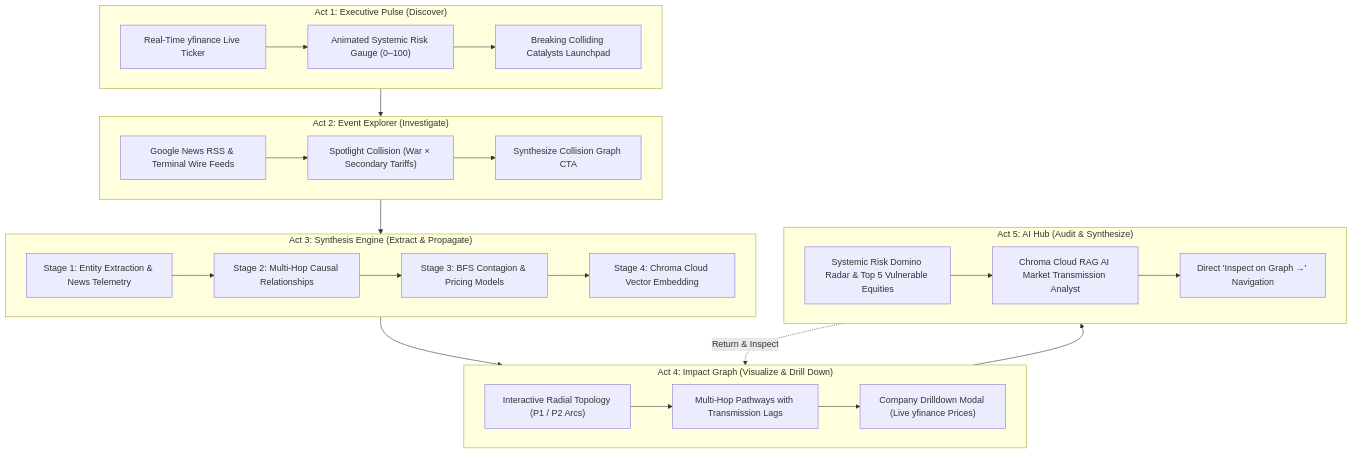
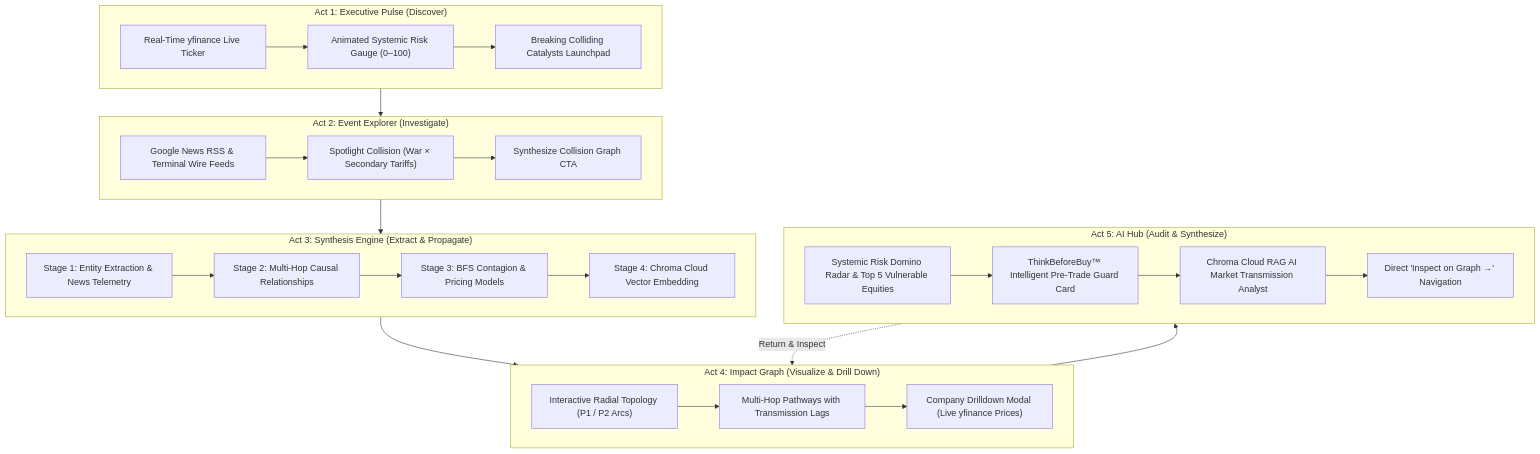
Before and after one commit to nishchaydev/codenovicesHack: the first of 4 diagrams in README.md, drawn with Mermaid. The commit also changed other lines of this file, not shown here.

Commit message:
docs: add ThinkBeforeBuy pre-trade causal risk feature to AI Hub in README

````diff
--- a/README.md
+++ b/README.md
@@ -45,41 +45,42 @@
 ```mermaid
 flowchart TD
     subgraph Act1["Act 1: Executive Pulse (Discover)"]
         A1["Real-Time yfinance Live Ticker"]
         A2["Animated Systemic Risk Gauge (0–100)"]
         A3["Breaking Colliding Catalysts Launchpad"]
         A1 --> A2 --> A3
     end
 
     subgraph Act2["Act 2: Event Explorer (Investigate)"]
         B1["Google News RSS & Terminal Wire Feeds"]
         B2["Spotlight Collision (War × Secondary Tariffs)"]
         B3["Synthesize Collision Graph CTA"]
         B1 --> B2 --> B3
     end
 
     subgraph Act3["Act 3: Synthesis Engine (Extract & Propagate)"]
         C1["Stage 1: Entity Extraction & News Telemetry"]
         C2["Stage 2: Multi-Hop Causal Relationships"]
         C3["Stage 3: BFS Contagion & Pricing Models"]
         C4["Stage 4: Chroma Cloud Vector Embedding"]
         C1 --> C2 --> C3 --> C4
     end
 
     subgraph Act4["Act 4: Impact Graph (Visualize & Drill Down)"]
         D1["Interactive Radial Topology (P1 / P2 Arcs)"]
         D2["Multi-Hop Pathways with Transmission Lags"]
         D3["Company Drilldown Modal (Live yfinance Prices)"]
         D1 --> D2 --> D3
     end
 
     subgraph Act5["Act 5: AI Hub (Audit & Synthesize)"]
         E1["Systemic Risk Domino Radar & Top 5 Vulnerable Equities"]
-        E2["Chroma Cloud RAG AI Market Transmission Analyst"]
-        E3["Direct 'Inspect on Graph →' Navigation"]
-        E1 --> E2 --> E3
+        E2["ThinkBeforeBuy™ Intelligent Pre-Trade Guard Card"]
+        E3["Chroma Cloud RAG AI Market Transmission Analyst"]
+        E4["Direct 'Inspect on Graph →' Navigation"]
+        E1 --> E2 --> E3 --> E4
     end
 
     Act1 --> Act2 --> Act3 --> Act4 --> Act5
     Act5 -.->|Return & Inspect| Act4
 ```
````
